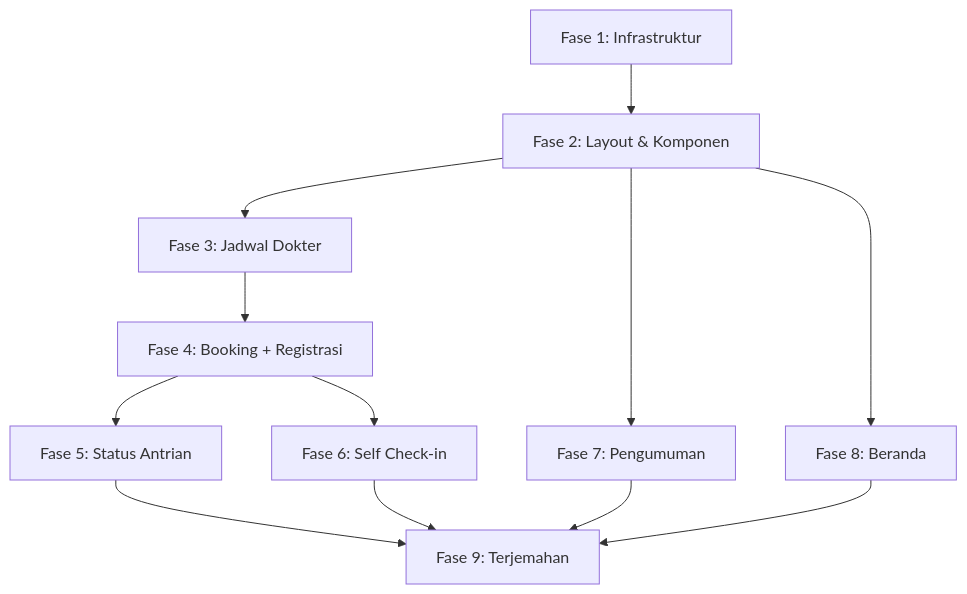
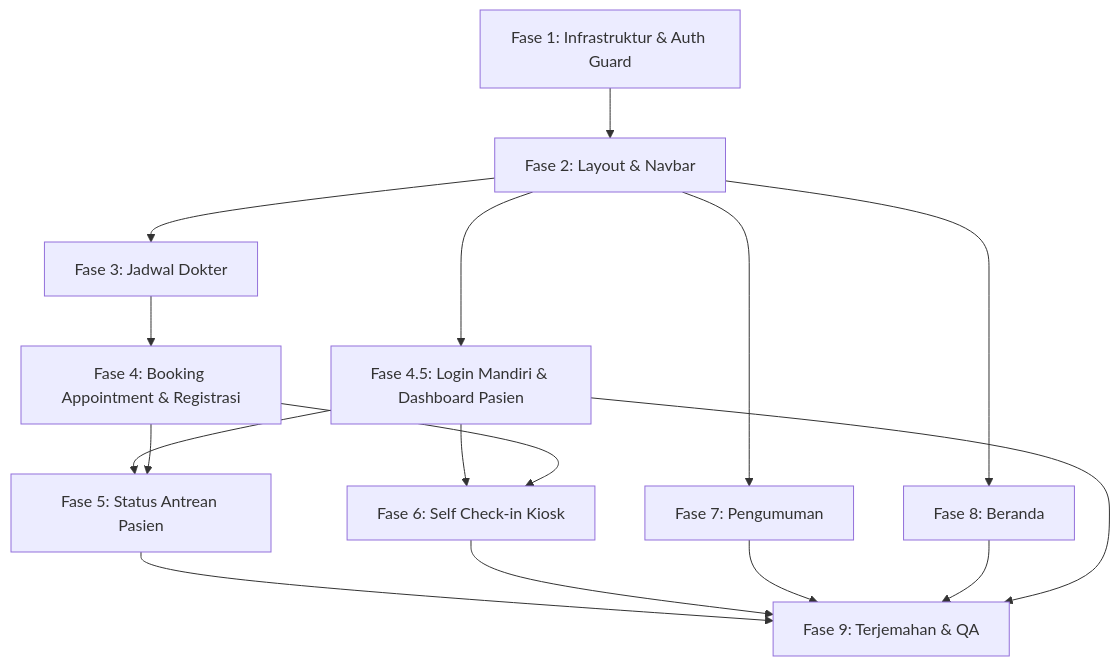
One commit to bdijog/aplikasi changed the diagram in implementation_plan_frontend.md. Above: the diagram before and after it, drawn with Mermaid. The commit also changed other lines of this file, not shown here.

````diff
--- a/implementation_plan_frontend.md
+++ b/implementation_plan_frontend.md
@@ -355,14 +404,18 @@
 ```mermaid
 graph TD
-    A["Fase 1: Infrastruktur"] --> B["Fase 2: Layout & Komponen"]
+    A["Fase 1: Infrastruktur & Auth Guard"] --> B["Fase 2: Layout & Navbar"]
     B --> C["Fase 3: Jadwal Dokter"]
     B --> G["Fase 7: Pengumuman"]
     B --> H["Fase 8: Beranda"]
-    C --> D["Fase 4: Booking + Registrasi"]
-    D --> E["Fase 5: Status Antrian"]
-    D --> F["Fase 6: Self Check-in"]
-    E --> I["Fase 9: Terjemahan"]
+    B --> J["Fase 4.5: Login Mandiri & Dashboard Pasien"]
+    C --> D["Fase 4: Booking Appointment & Registrasi"]
+    J --> E["Fase 5: Status Antrean Pasien"]
+    J --> F["Fase 6: Self Check-in Kiosk"]
+    D --> E
+    D --> F
+    E --> I["Fase 9: Terjemahan & QA"]
     F --> I
     G --> I
     H --> I
+    J --> I
 ```
````
